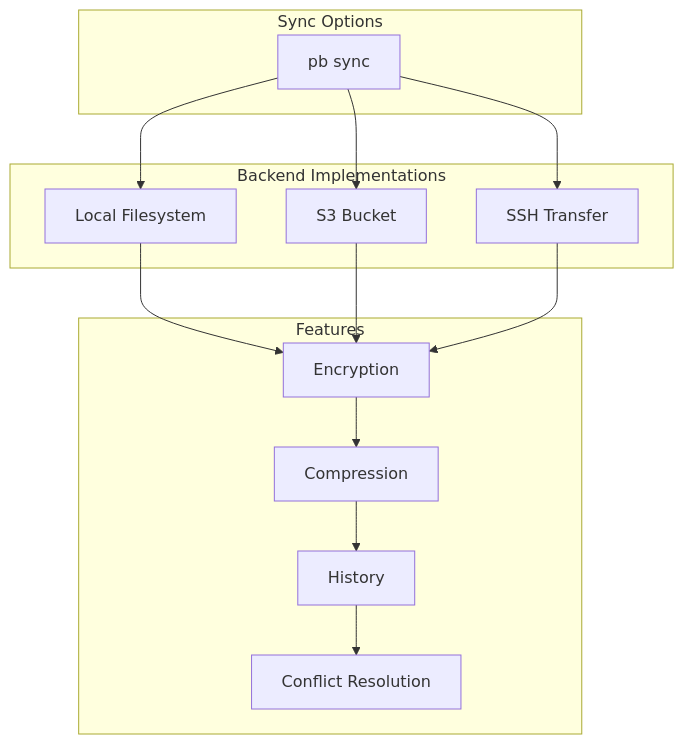
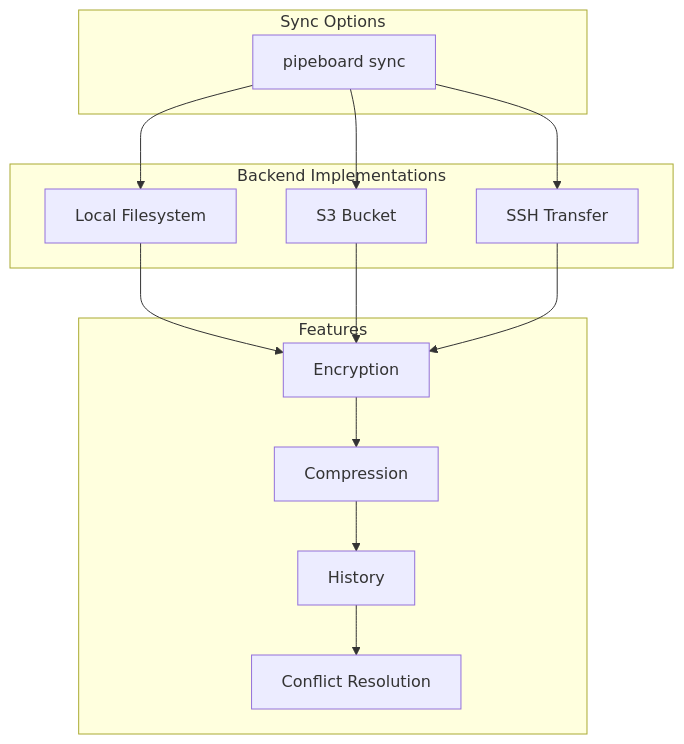
One commit to blackwell-systems/pipeboard changed the sixth of 11 diagrams in docs/architecture.md. Above: the diagram before and after it, drawn with Mermaid. The commit also changed other lines of this file and 1 other file, not shown here.

````diff
--- a/docs/architecture.md
+++ b/docs/architecture.md
@@ -163,31 +163,31 @@
 ```mermaid
 graph TB
     subgraph "Sync Options"
-        A[pb sync]
+        A[pipeboard sync]
     end
 
     subgraph "Backend Implementations"
         B[Local Filesystem]
         C[S3 Bucket]
         D[SSH Transfer]
     end
 
     subgraph "Features"
         E[Encryption]
         F[Compression]
         G[History]
         H[Conflict Resolution]
     end
 
     A --> B
     A --> C
     A --> D
 
     B --> E
     C --> E
     D --> E
 
     E --> F
     F --> G
     G --> H
 ```
````
